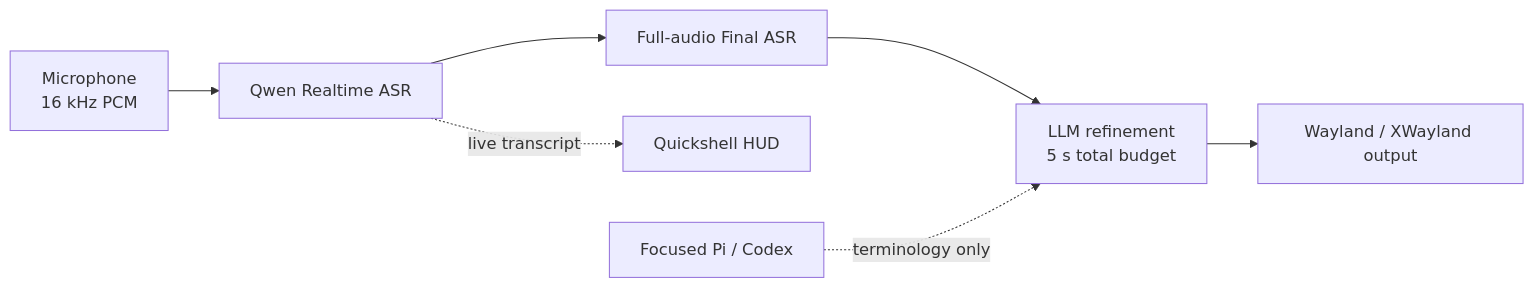
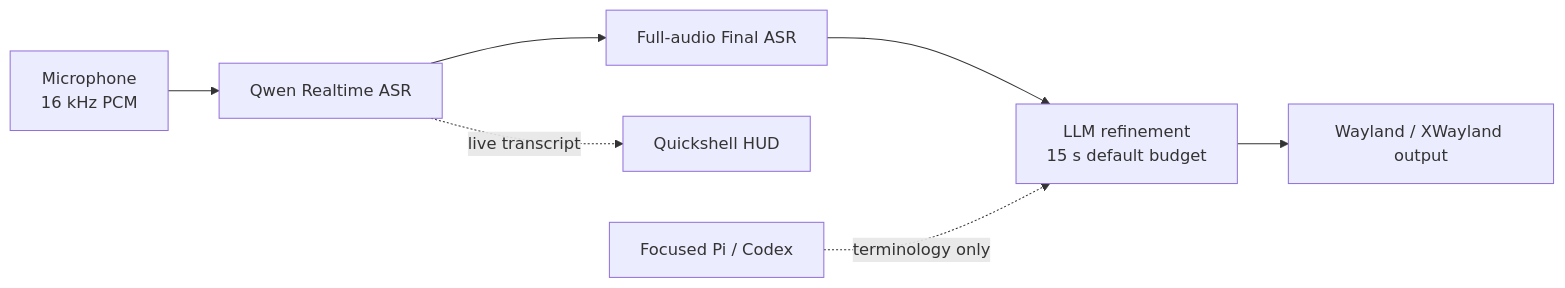
Before and after one commit to Saco93/voice-input: the diagram in README.md, drawn with Mermaid. The commit also changed other lines of this file and 8 other files, not shown here.

````diff
--- a/README.md
+++ b/README.md
@@ -16,9 +16,9 @@
 ```mermaid
 flowchart LR
     Mic[Microphone<br/>16 kHz PCM] --> RT[Qwen Realtime ASR]
     RT --> Final[Full-audio Final ASR]
-    Final --> LLM[LLM refinement<br/>5 s total budget]
+    Final --> LLM[LLM refinement<br/>15 s default budget]
     LLM --> Out[Wayland / XWayland output]
     RT -. live transcript .-> HUD[Quickshell HUD]
     Agent[Focused Pi / Codex] -. terminology only .-> LLM
 ```
````
